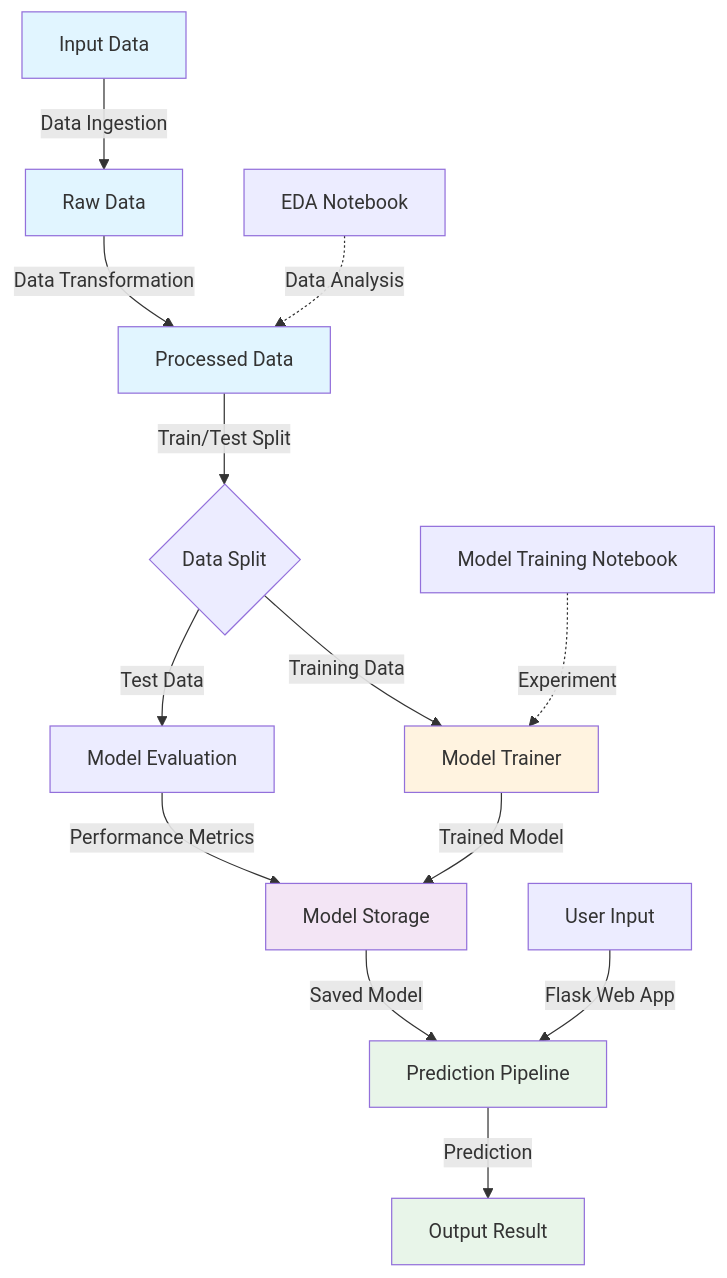
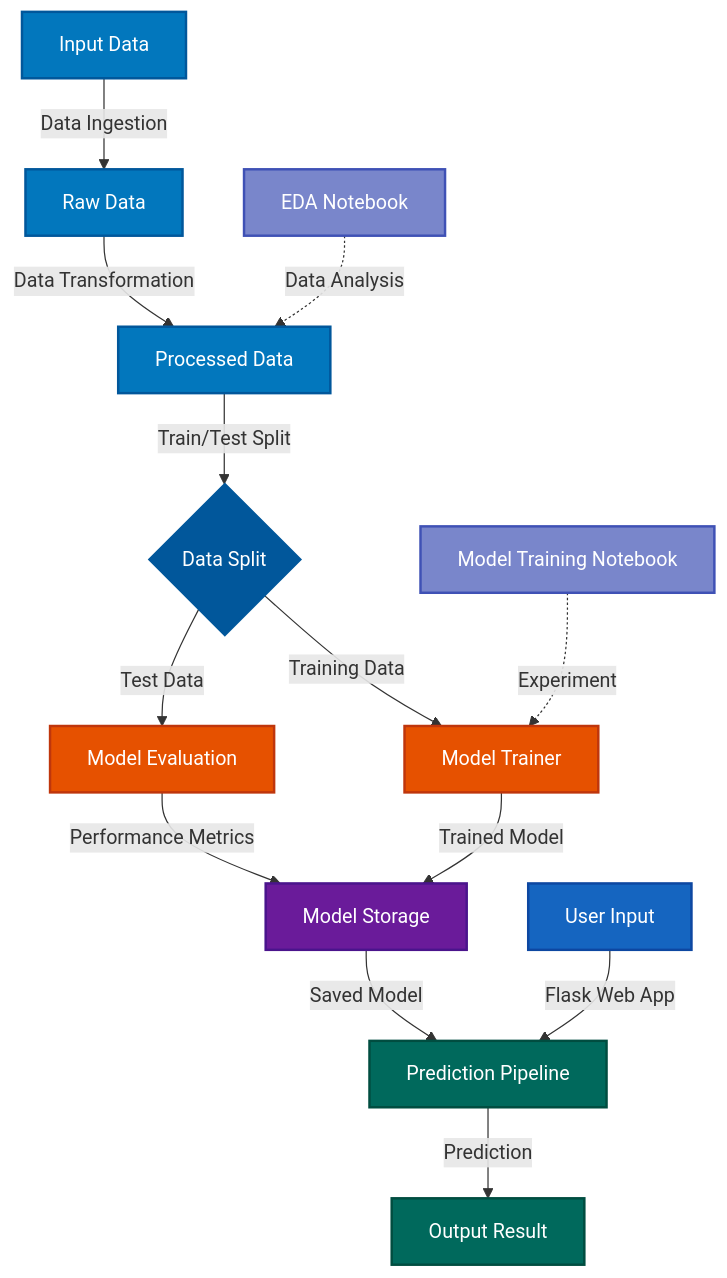
Before and after one commit to ParmeetCS/ml-pipeline-startup-analysis: the diagram in README.md, drawn with Mermaid.

````diff
--- a/README.md
+++ b/README.md
@@ -5,24 +5,29 @@
 ```mermaid
 graph TD
     A[Input Data] -->|Data Ingestion| B[Raw Data]
     B -->|Data Transformation| C[Processed Data]
     C -->|Train/Test Split| D{Data Split}
     D -->|Training Data| E[Model Trainer]
     D -->|Test Data| F[Model Evaluation]
     E -->|Trained Model| G[Model Storage]
     F -->|Performance Metrics| G
     G -->|Saved Model| H[Prediction Pipeline]
     I[User Input] -->|Flask Web App| H
     H -->|Prediction| J[Output Result]
     
     K[EDA Notebook] -.->|Data Analysis| C
     L[Model Training Notebook] -.->|Experiment| E
     
-    style A fill:#e1f5ff
-    style B fill:#e1f5ff
-    style C fill:#e1f5ff
-    style E fill:#fff3e0
-    style G fill:#f3e5f5
-    style H fill:#e8f5e9
-    style J fill:#e8f5e9
+    style A fill:#0277bd,stroke:#01579b,stroke-width:2px,color:#fff
+    style B fill:#0277bd,stroke:#01579b,stroke-width:2px,color:#fff
+    style C fill:#0277bd,stroke:#01579b,stroke-width:2px,color:#fff
+    style D fill:#01579b,stroke:#01579b,stroke-width:2px,color:#fff
+    style E fill:#e65100,stroke:#bf360c,stroke-width:2px,color:#fff
+    style F fill:#e65100,stroke:#bf360c,stroke-width:2px,color:#fff
+    style G fill:#6a1b9a,stroke:#4a148c,stroke-width:2px,color:#fff
+    style H fill:#00695c,stroke:#004d40,stroke-width:2px,color:#fff
+    style I fill:#1565c0,stroke:#0d47a1,stroke-width:2px,color:#fff
+    style J fill:#00695c,stroke:#004d40,stroke-width:2px,color:#fff
+    style K fill:#7986cb,stroke:#3f51b5,stroke-width:2px,color:#fff
+    style L fill:#7986cb,stroke:#3f51b5,stroke-width:2px,color:#fff
 ```
````
